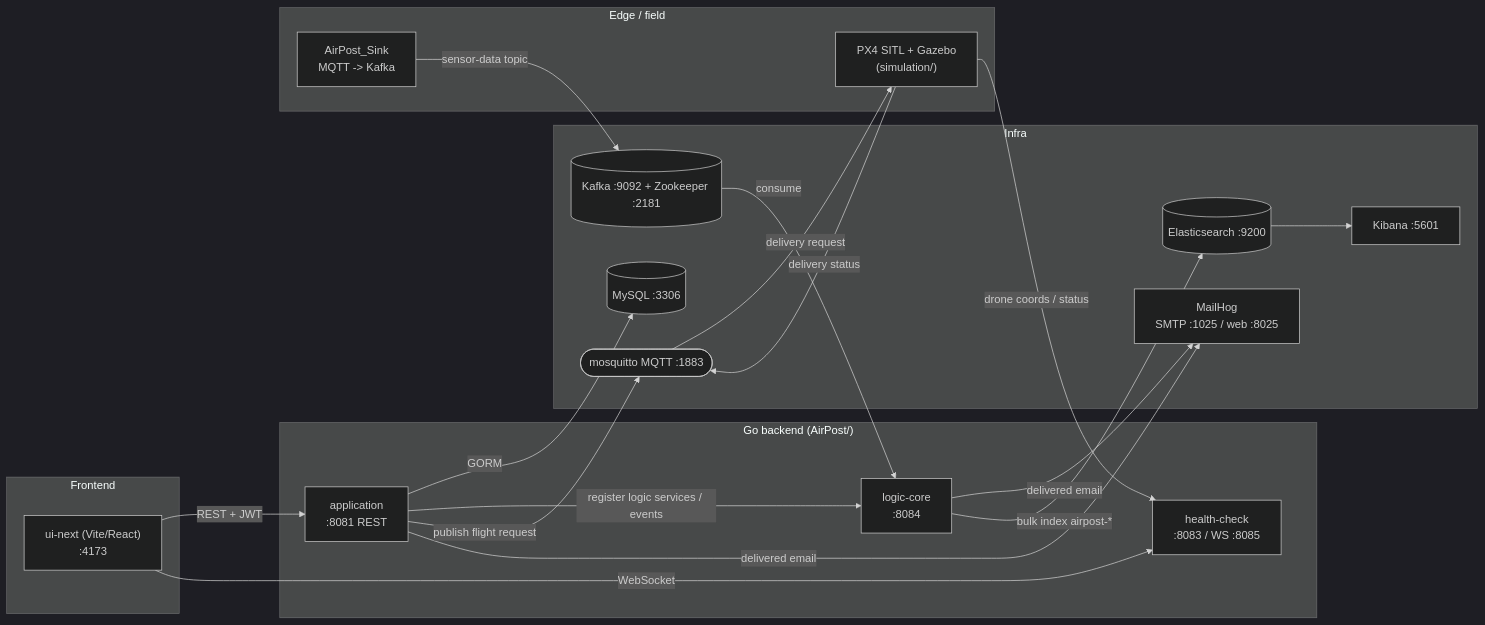
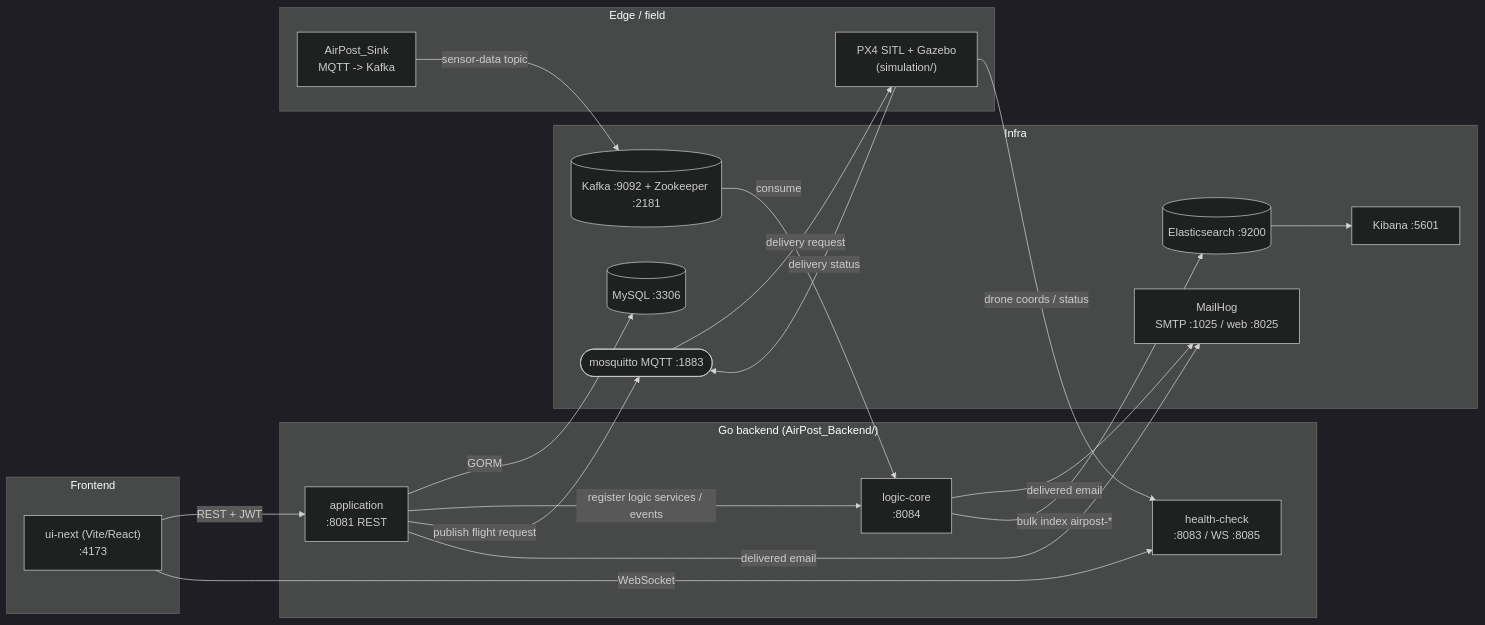
The first of 2 diagrams in docs/ARCHITECTURE.md (jsoone24/NC_AirPost), drawn with Mermaid (dark theme) before and after one commit. The commit also changed 7 other files, not shown here.

Commit message:
chore: rename AirPost backend submodule to AirPost_Backend; pull in ui-next + seed; update CI/docs refs

````diff
--- a/docs/ARCHITECTURE.md
+++ b/docs/ARCHITECTURE.md
@@ -14,41 +14,41 @@
 ```mermaid
 flowchart LR
   subgraph Frontend
     UI["ui-next (Vite/React)\n:4173"]
   end
 
-  subgraph Backend["Go backend (AirPost/)"]
+  subgraph Backend["Go backend (AirPost_Backend/)"]
     APP["application\n:8081 REST"]
     LC["logic-core\n:8084"]
     HC["health-check\n:8083 / WS :8085"]
   end
 
   subgraph Infra
     DB[("MySQL :3306")]
     MQTT(["mosquitto MQTT :1883"])
     KAFKA[("Kafka :9092 + Zookeeper :2181")]
     ES[("Elasticsearch :9200")]
     KB["Kibana :5601"]
     MH["MailHog\nSMTP :1025 / web :8025"]
   end
 
   subgraph Edge["Edge / field"]
     SINK["AirPost_Sink\nMQTT -> Kafka"]
     SIM["PX4 SITL + Gazebo\n(simulation/)"]
   end
 
   UI -->|REST + JWT| APP
   UI -->|WebSocket| HC
   APP -->|GORM| DB
   APP -->|register logic services / events| LC
   APP -->|publish flight request| MQTT
   APP -->|delivered email| MH
   LC -->|delivered email| MH
   MQTT -->|delivery request| SIM
   SIM -->|delivery status| MQTT
   SIM -->|drone coords / status| HC
   SINK -->|sensor-data topic| KAFKA
   KAFKA -->|consume| LC
   LC -->|bulk index airpost-*| ES
   ES --> KB
 ```
````
